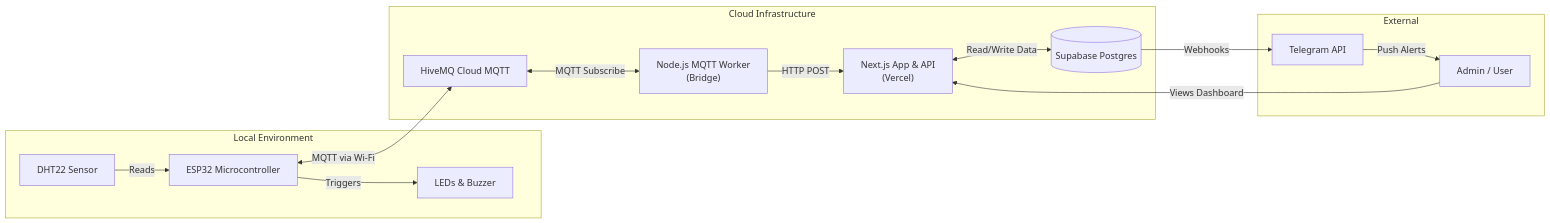
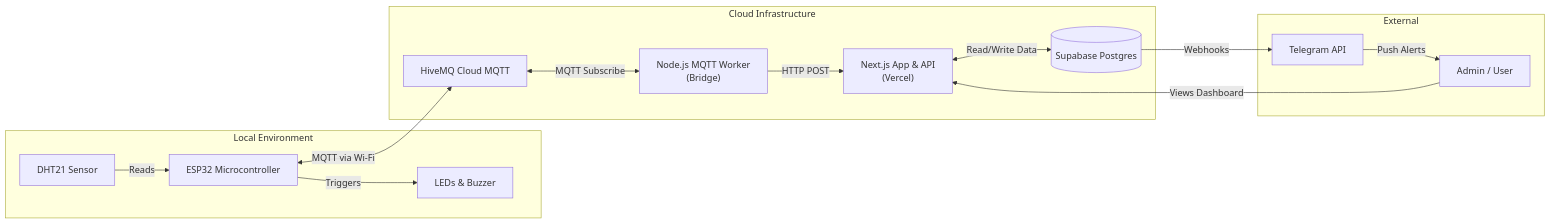
One commit to boyishwara/omaggot changed the first of 4 diagrams in README.md. Above: the diagram before and after it, drawn with Mermaid. The commit also changed 2 other files, not shown here.

Commit message:
update guide

````diff
--- a/README.md
+++ b/README.md
@@ -15,27 +15,27 @@
 ```mermaid
 graph LR
     subgraph "Local Environment"
-        DHT[DHT22 Sensor] -->|Reads| ESP32[ESP32 Microcontroller]
+        DHT[DHT21 Sensor] -->|Reads| ESP32[ESP32 Microcontroller]
         ESP32 -->|Triggers| HW[LEDs & Buzzer]
     end
 
     subgraph "Cloud Infrastructure"
         HiveMQ[HiveMQ Cloud MQTT]
         Worker["Node.js MQTT Worker<br/>(Bridge)"]
         NextJS["Next.js App & API<br/>(Vercel)"]
         Supabase[(Supabase Postgres)]
     end
 
     subgraph "External"
         Telegram[Telegram API]
         User[Admin / User]
     end
 
     ESP32 <-->|MQTT via Wi-Fi| HiveMQ
     HiveMQ <-->|MQTT Subscribe| Worker
     Worker -->|HTTP POST| NextJS
     NextJS <-->|Read/Write Data| Supabase
     Supabase -->|Webhooks| Telegram
     Telegram -->|Push Alerts| User
     User -->|Views Dashboard| NextJS
 ```
````
